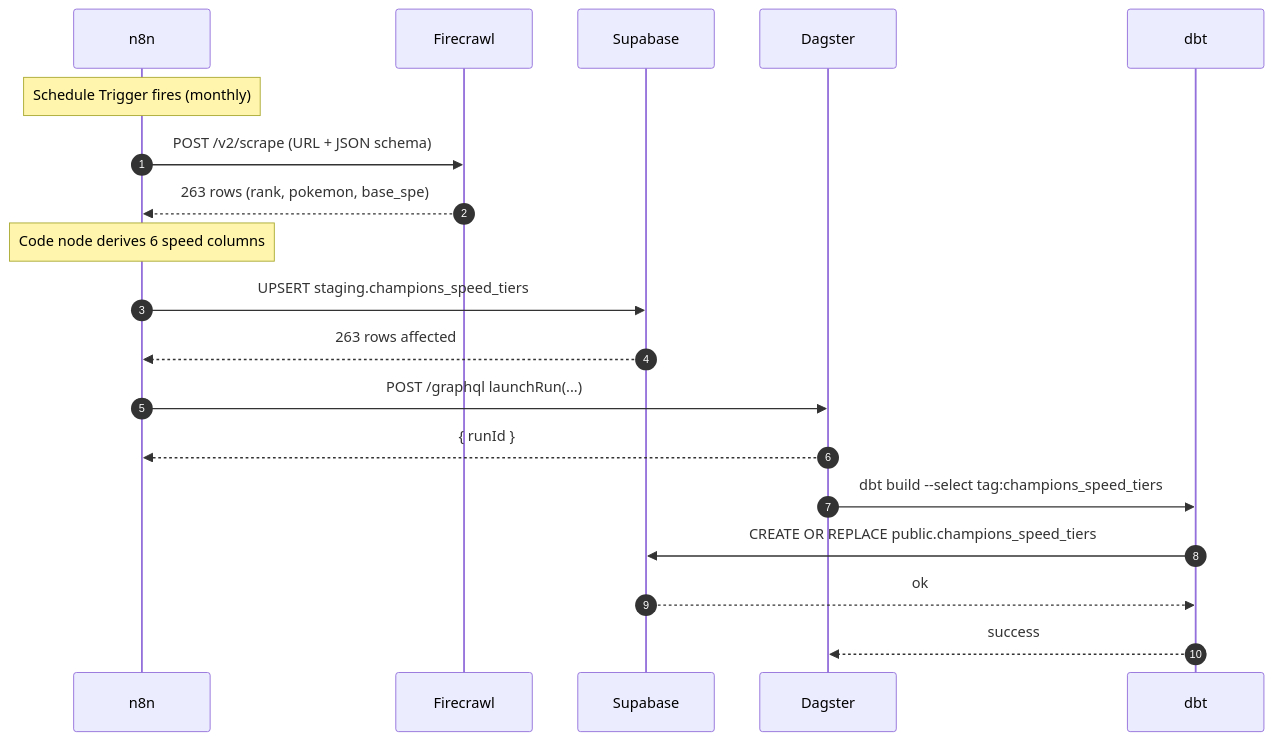
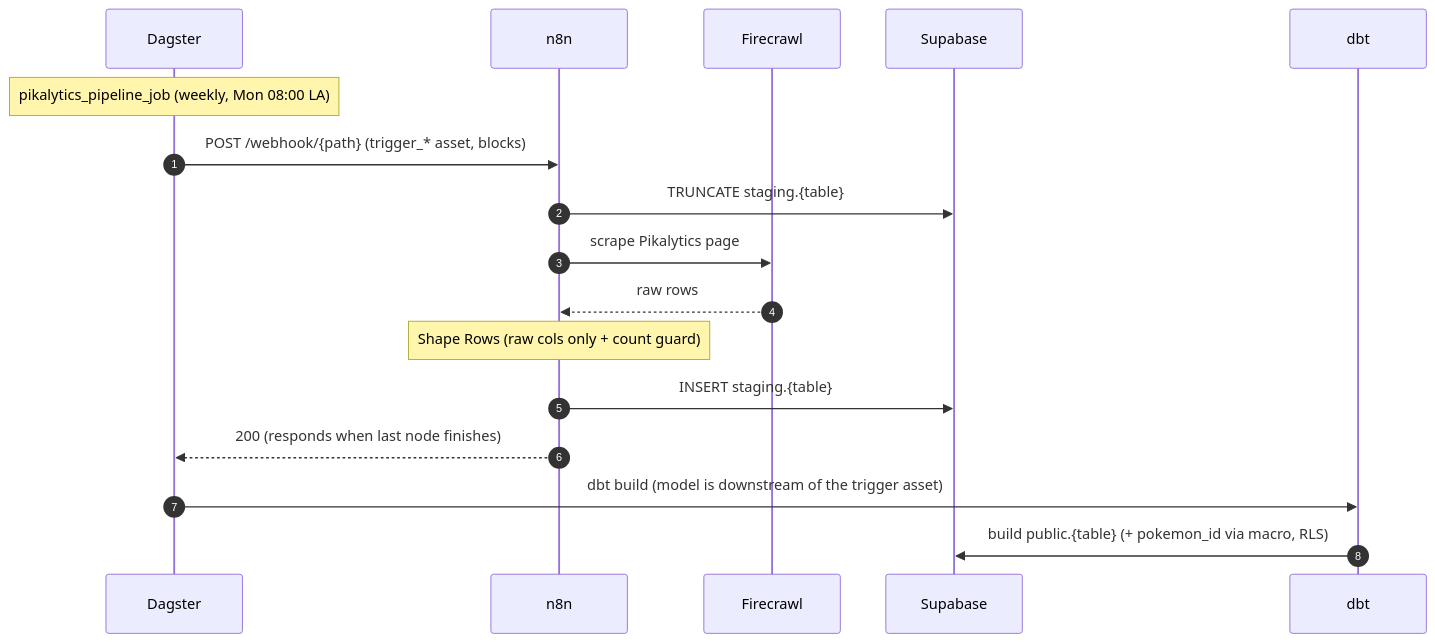
One commit to digitalghost-dev/poke-cli changed the third of 4 diagrams in docs/Infrastructure_Guide/n8n.md. Above: the diagram before and after it, drawn with Mermaid. The commit also changed other lines of this file, not shown here.

````diff
--- a/docs/Infrastructure_Guide/n8n.md
+++ b/docs/Infrastructure_Guide/n8n.md
@@ -170,22 +220,20 @@
 ```mermaid
 sequenceDiagram
     autonumber
+    participant Dagster
     participant n8n
     participant Firecrawl
     participant Supabase
-    participant Dagster
     participant dbt
 
-    Note over n8n: Schedule Trigger fires (monthly)
-    n8n->>Firecrawl: POST /v2/scrape (URL + JSON schema)
-    Firecrawl-->>n8n: 263 rows (rank, pokemon, base_spe)
-    Note over n8n: Code node derives 6 speed columns
-    n8n->>Supabase: UPSERT staging.champions_speed_tiers
-    Supabase-->>n8n: 263 rows affected
-    n8n->>Dagster: POST /graphql launchRun(...)
-    Dagster-->>n8n: { runId }
-    Dagster->>dbt: dbt build --select tag:champions_speed_tiers
-    dbt->>Supabase: CREATE OR REPLACE public.champions_speed_tiers
-    Supabase-->>dbt: ok
-    dbt-->>Dagster: success
+    Note over Dagster: pikalytics_pipeline_job (weekly, Mon 08:00 LA)
+    Dagster->>n8n: POST /webhook/{path}  (trigger_* asset, blocks)
+    n8n->>Supabase: TRUNCATE staging.{table}
+    n8n->>Firecrawl: scrape Pikalytics page
+    Firecrawl-->>n8n: raw rows
+    Note over n8n: Shape Rows (raw cols only + count guard)
+    n8n->>Supabase: INSERT staging.{table}
+    n8n-->>Dagster: 200 (responds when last node finishes)
+    Dagster->>dbt: dbt build (model is downstream of the trigger asset)
+    dbt->>Supabase: build public.{table} (+ pokemon_id via macro, RLS)
 ```
````
